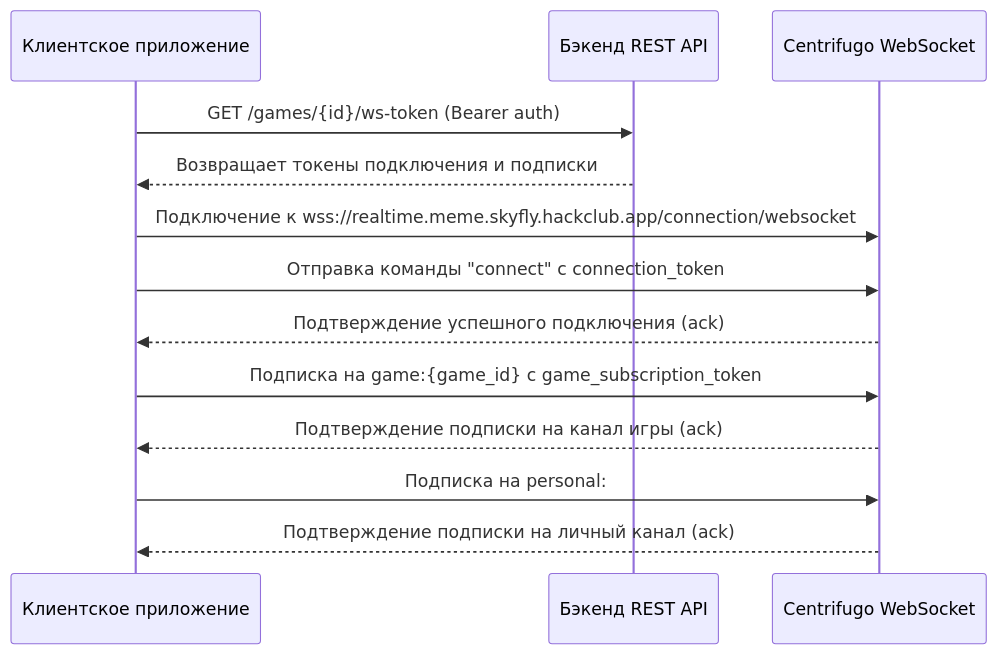
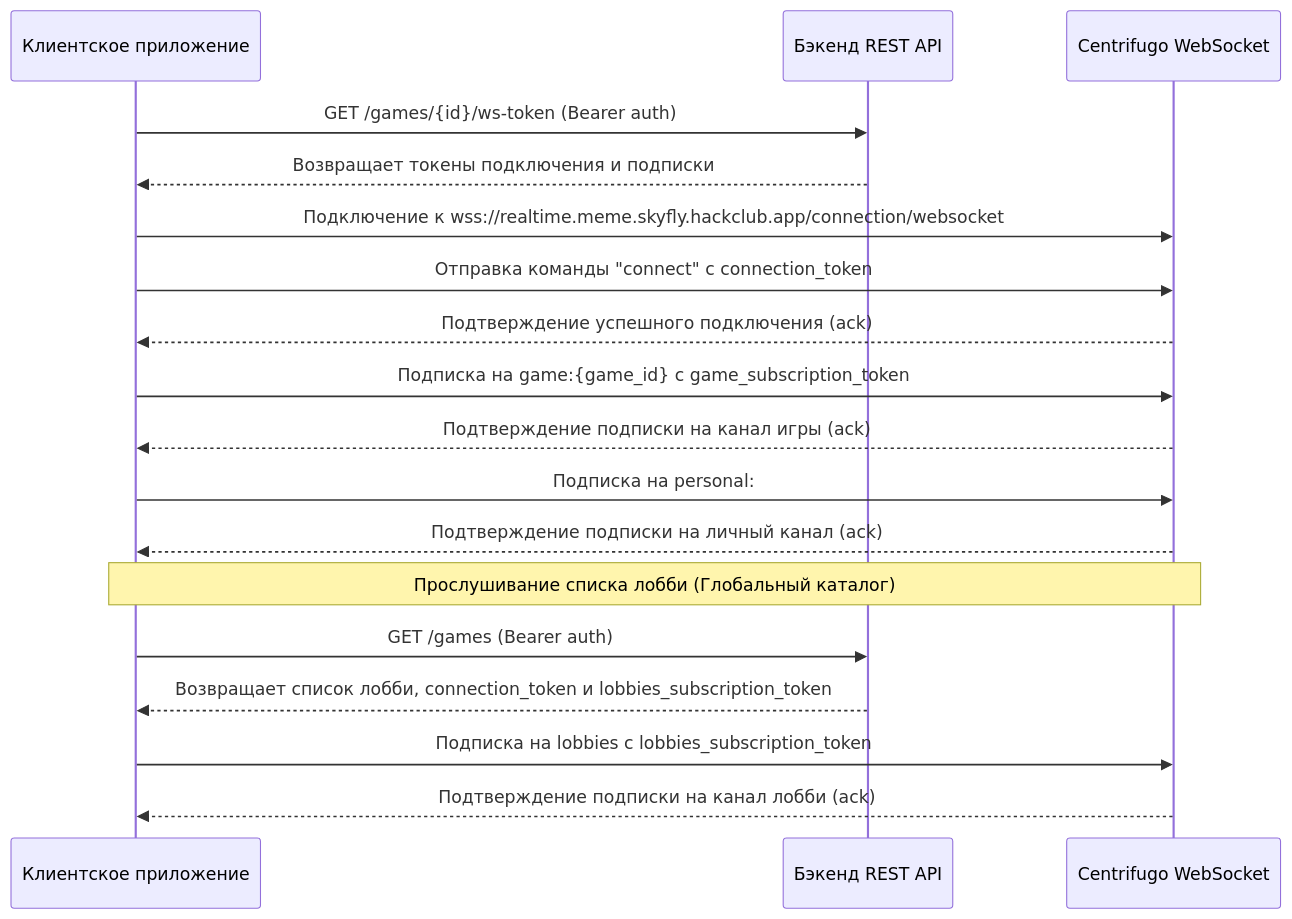
The diagram in docs/websockets_docs_ru.md (TerraSoftwareTeam/meme_battle_backend), drawn with Mermaid before and after one commit. The commit also changed other lines of this file and 30 other files, not shown here.

````diff
--- a/docs/websockets_docs_ru.md
+++ b/docs/websockets_docs_ru.md
@@ -11,19 +11,25 @@
 ```mermaid
 sequenceDiagram
     participant Client as Клиентское приложение
     participant API as Бэкенд REST API
     participant WS as Centrifugo WebSocket
     
     Client->>API: GET /games/{id}/ws-token (Bearer auth)
     API-->>Client: Возвращает токены подключения и подписки
     
     Client->>WS: Подключение к wss://realtime.meme.skyfly.hackclub.app/connection/websocket
     Client->>WS: Отправка команды "connect" с connection_token
     WS-->>Client: Подтверждение успешного подключения (ack)
     
     Client->>WS: Подписка на game:{game_id} с game_subscription_token
     WS-->>Client: Подтверждение подписки на канал игры (ack)
     
     Client->>WS: Подписка на personal:#{user_id} с personal_subscription_token
     WS-->>Client: Подтверждение подписки на личный канал (ack)
+
+    Note over Client, WS: Прослушивание списка лобби (Глобальный каталог)
+    Client->>API: GET /games (Bearer auth)
+    API-->>Client: Возвращает список лобби, connection_token и lobbies_subscription_token
+    Client->>WS: Подписка на lobbies с lobbies_subscription_token
+    WS-->>Client: Подтверждение подписки на канал лобби (ack)
 ```
````
